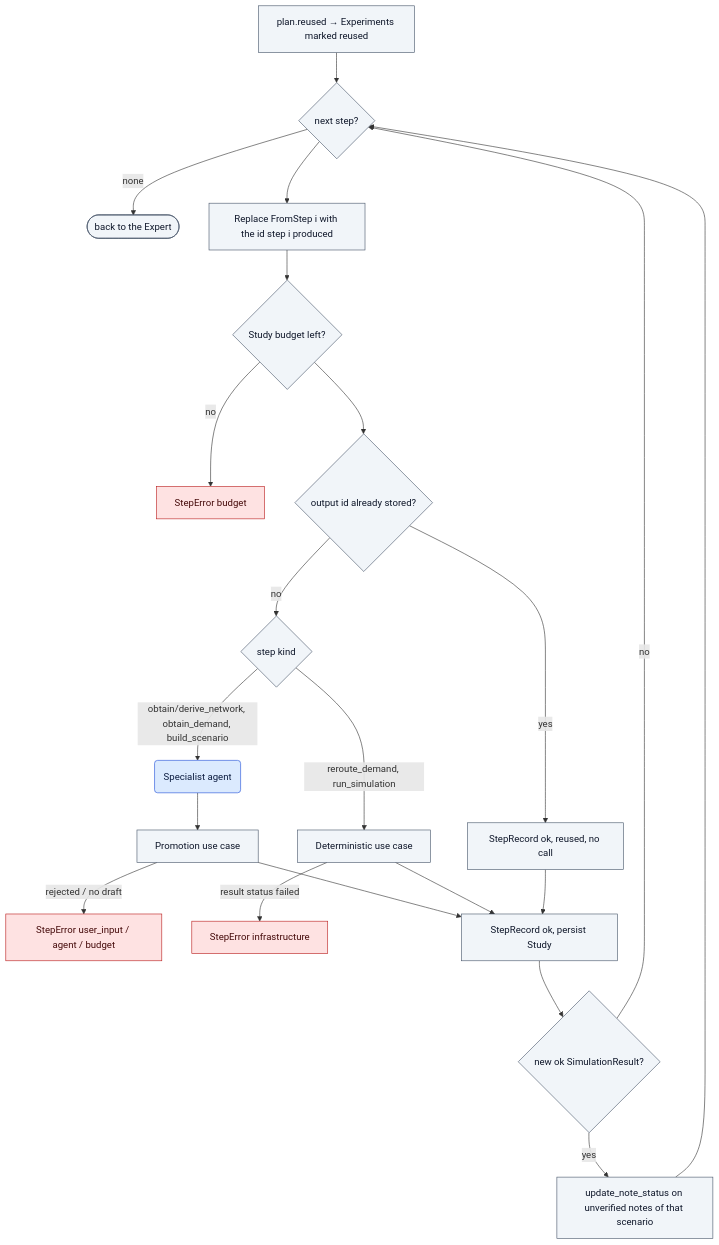
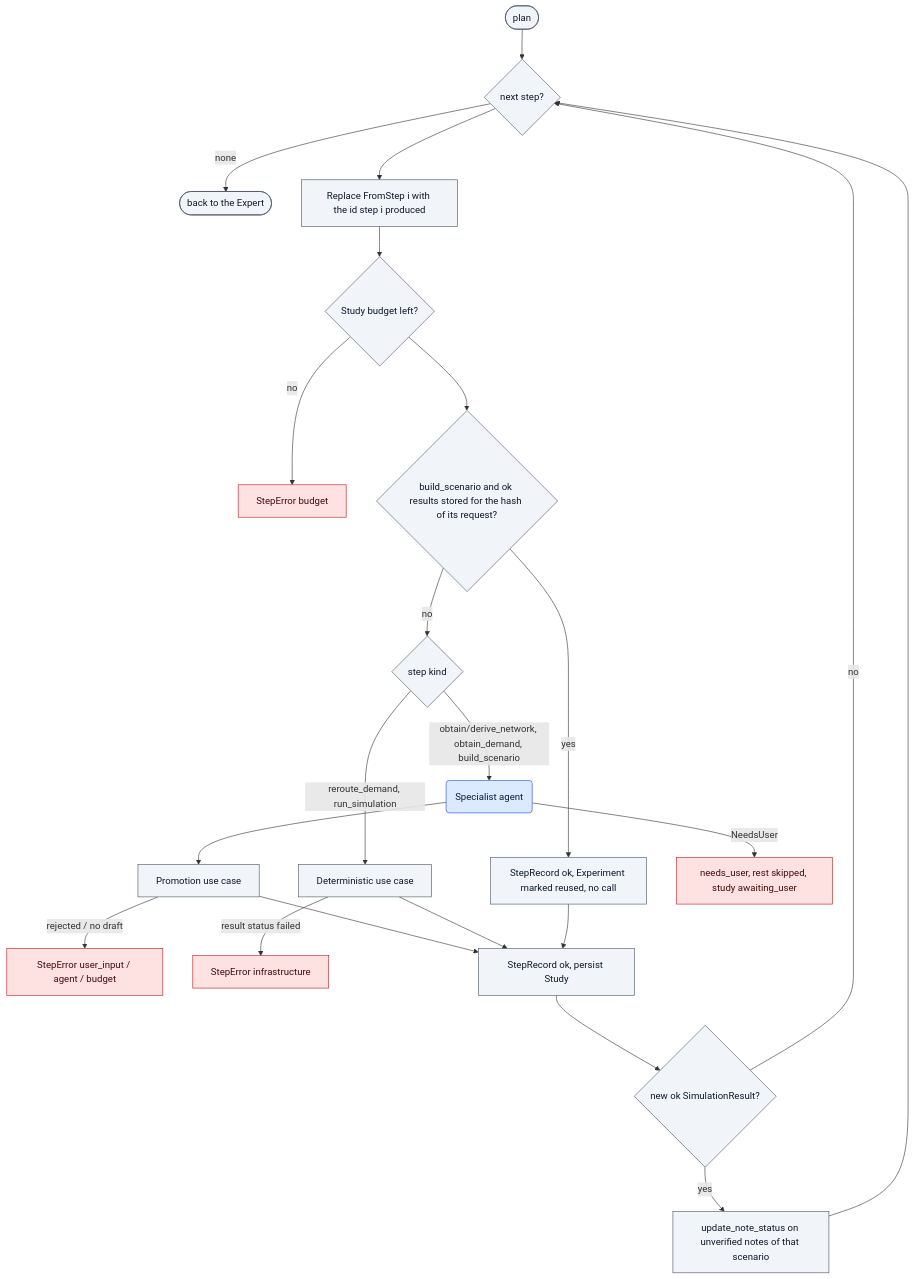
One commit to ferranUPC/resto changed the second of 3 diagrams in docs/study-flows.md. Above: the diagram before and after it, drawn with Mermaid. The commit also changed other lines of this file and 3 other files, not shown here.

First line of the commit message:
implement e5.14.05 regenerate docs for the specialist-resolves flow

````diff
--- a/docs/study-flows.md
+++ b/docs/study-flows.md
@@ -82,27 +82,28 @@
 ```mermaid
 flowchart TD
   classDef agent fill:#dbeafe,stroke:#1d4ed8,color:#0b1b3f
   classDef code fill:#f1f5f9,stroke:#475569,color:#0f172a
   classDef stop fill:#fee2e2,stroke:#b91c1c,color:#450a0a
 
-  R[plan.reused → Experiments marked reused]:::code --> N{next step?}:::code
+  R([plan]):::code --> N{next step?}:::code
   N -- none --> END([back to the Expert]):::code
   N --> FS[Replace FromStep i with the id step i produced]:::code
   FS --> B{Study budget left?}:::code
   B -- no --> FB[StepError budget]:::stop
-  B --> D{output id already stored?}:::code
-  D -- yes --> RE[StepRecord ok, reused, no call]:::code
+  B --> D{build_scenario and ok results stored for the hash of its request?}:::code
+  D -- yes --> RE[StepRecord ok, Experiment marked reused, no call]:::code
   D -- no --> K{step kind}:::code
   K -- "obtain/derive_network, obtain_demand, build_scenario" --> AG(Specialist agent):::agent
   AG --> PR[Promotion use case]:::code
   K -- "reroute_demand, run_simulation" --> DC[Deterministic use case]:::code
   PR -- rejected / no draft --> FE[StepError user_input / agent / budget]:::stop
+  AG -- NeedsUser --> NU[needs_user, rest skipped, study awaiting_user]:::stop
   DC -- "result status failed" --> FI[StepError infrastructure]:::stop
   PR --> REC[StepRecord ok, persist Study]:::code
   DC --> REC
   RE --> REC
   REC --> NR{new ok SimulationResult?}:::code
   NR -- yes --> UN[update_note_status on unverified notes of that scenario]:::code
   UN --> N
   NR -- no --> N
 ```
````
